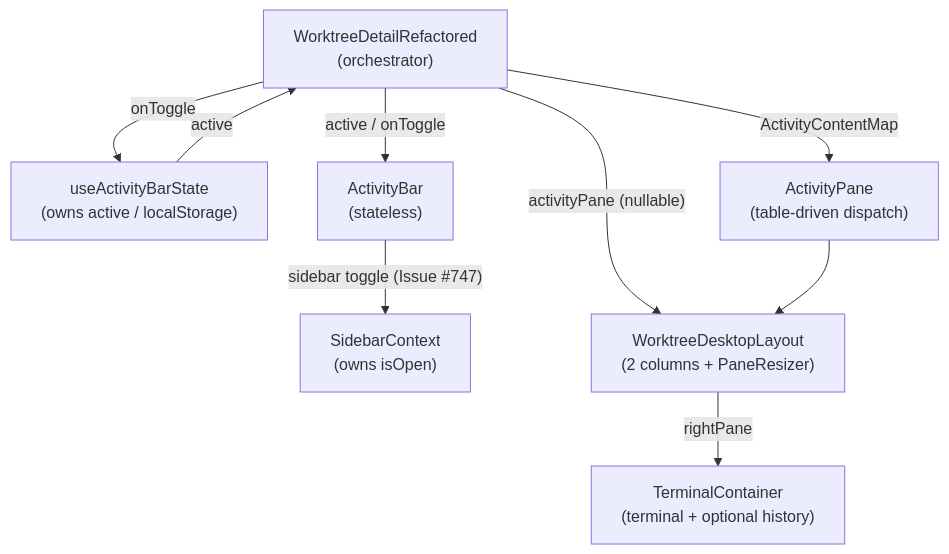
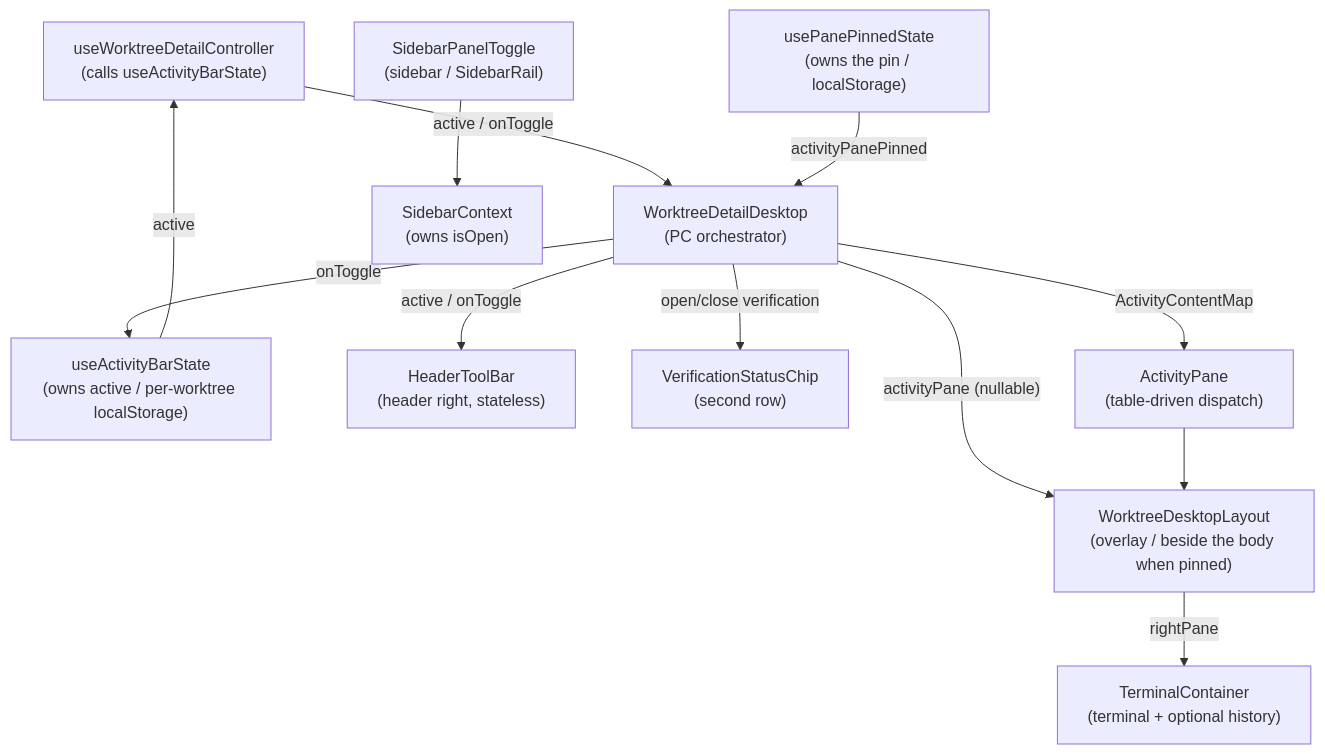
Before and after one commit to Kewton/CommandMate: the fourth of 5 diagrams in docs/en/architecture.md, drawn with Mermaid. The commit also changed other lines of this file and 345 other files, not shown here.

````diff
--- a/docs/en/architecture.md
+++ b/docs/en/architecture.md
@@ -645,19 +650,26 @@
 ```mermaid
 graph TD
-    Parent["WorktreeDetailRefactored<br/>(orchestrator)"]
-    ActState["useActivityBarState<br/>(owns active / localStorage)"]
+    Ctrl["useWorktreeDetailController<br/>(calls useActivityBarState)"]
+    Parent["WorktreeDetailDesktop<br/>(PC orchestrator)"]
+    ActState["useActivityBarState<br/>(owns active / per-worktree localStorage)"]
+    PinState["usePanePinnedState<br/>(owns the pin / localStorage)"]
     SideCtx["SidebarContext<br/>(owns isOpen)"]
-    Bar["ActivityBar<br/>(stateless)"]
+    SideToggle["SidebarPanelToggle<br/>(sidebar / SidebarRail)"]
+    Tools["HeaderToolBar<br/>(header right, stateless)"]
+    Chip["VerificationStatusChip<br/>(second row)"]
     Pane["ActivityPane<br/>(table-driven dispatch)"]
-    Layout["WorktreeDesktopLayout<br/>(2 columns + PaneResizer)"]
+    Layout["WorktreeDesktopLayout<br/>(overlay / beside the body when pinned)"]
     Term["TerminalContainer<br/>(terminal + optional history)"]
 
-    ActState -->|active| Parent
+    ActState -->|active| Ctrl
+    Ctrl -->|"active / onToggle"| Parent
     Parent -->|onToggle| ActState
-    Parent -->|active / onToggle| Bar
-    Bar -->|"sidebar toggle (Issue #747)"| SideCtx
+    Parent -->|active / onToggle| Tools
+    Parent -->|"open/close verification"| Chip
+    PinState -->|activityPanePinned| Parent
+    SideToggle --> SideCtx
     Parent -->|"activityPane (nullable)"| Layout
     Parent -->|"ActivityContentMap"| Pane
     Pane --> Layout
     Layout -->|rightPane| Term
 ```
````
